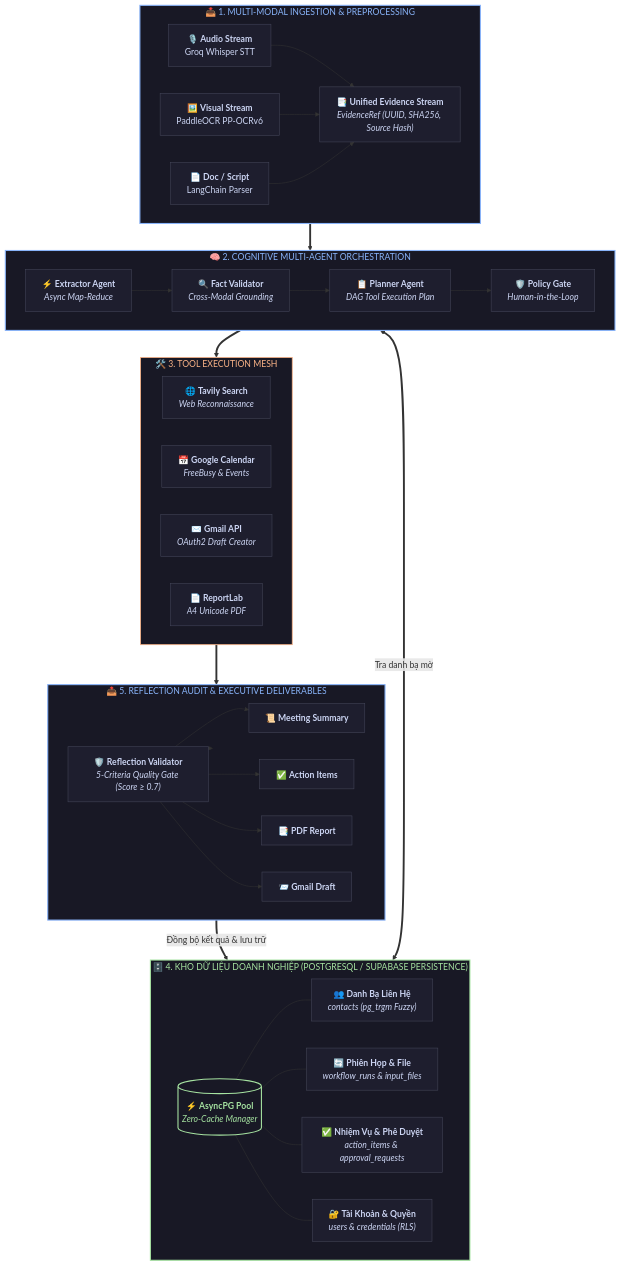
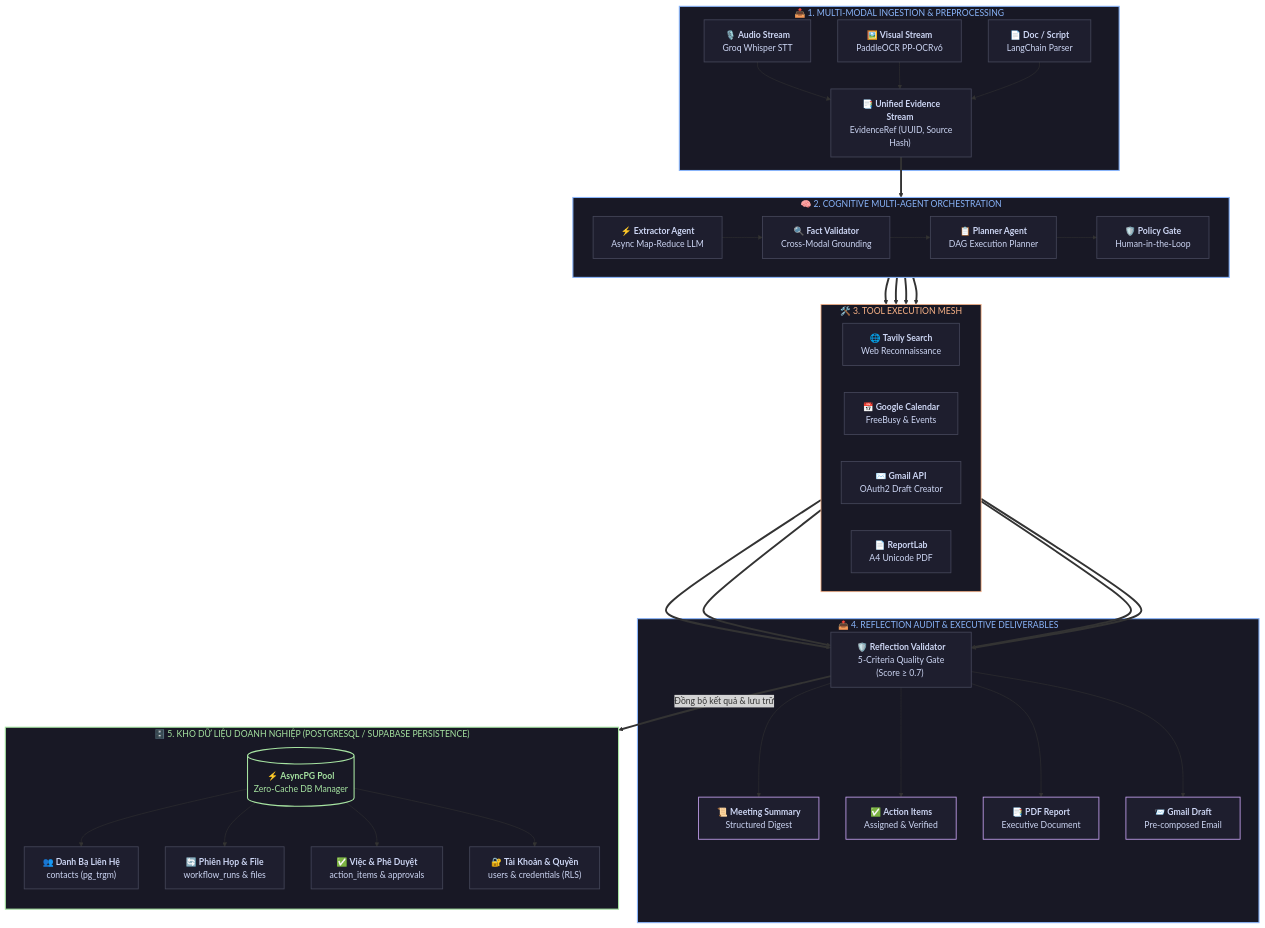
One commit to tutran27/multimodal-meeting-assistant changed the first of 3 diagrams in README.md. Above: the diagram before and after it, drawn with Mermaid. The commit also changed 1 other file, not shown here.

Commit message:
fix: add contact id column

````diff
--- a/README.md
+++ b/README.md
@@ -46,12 +46,11 @@
     %% 1. TẦNG ĐẦU VÀO ĐA PHƯƠNG THỨC
     %% =============================================================
     subgraph L1 ["📥 1. MULTI-MODAL INGESTION & PREPROCESSING"]
-        direction LR
-        A1["🎙️ <b>Audio Stream</b><br/>Groq Whisper STT"]
-        A2["🖼️ <b>Visual Stream</b><br/>PaddleOCR PP-OCRv6"]
-        A3["📄 <b>Doc / Script</b><br/>LangChain Parser"]
+        A1["<div style='text-align:center'>&nbsp;🎙️ <b>Audio Stream</b>&nbsp;<br/>&nbsp;Groq Whisper STT&nbsp;</div>"]
+        A2["<div style='text-align:center'>&nbsp;🖼️ <b>Visual Stream</b>&nbsp;<br/>&nbsp;PaddleOCR PP-OCRv6&nbsp;</div>"]
+        A3["<div style='text-align:center'>&nbsp;📄 <b>Doc / Script</b>&nbsp;<br/>&nbsp;LangChain Parser&nbsp;</div>"]
         
-        A1 & A2 & A3 --> EV["📑 <b>Unified Evidence Stream</b><br/><i>EvidenceRef (UUID, SHA256, Source Hash)</i>"]
+        A1 & A2 & A3 --> EV["<div style='text-align:center'>&nbsp;📑 <b>Unified Evidence Stream</b>&nbsp;<br/>&nbsp;EvidenceRef (UUID, Source Hash)&nbsp;</div>"]
     end
 
     %% =============================================================
@@ -59,10 +58,10 @@
     %% =============================================================
     subgraph L2 ["🧠 2. COGNITIVE MULTI-AGENT ORCHESTRATION"]
         direction LR
-        AG1["⚡ <b>Extractor Agent</b><br/><i>Async Map-Reduce</i>"]
-        AG2["🔍 <b>Fact Validator</b><br/><i>Cross-Modal Grounding</i>"]
-        AG3["📋 <b>Planner Agent</b><br/><i>DAG Tool Execution Plan</i>"]
-        AG4["🛡️ <b>Policy Gate</b><br/><i>Human-in-the-Loop</i>"]
+        AG1["<div style='text-align:center'>&nbsp;⚡ <b>Extractor Agent</b>&nbsp;<br/>&nbsp;Async Map-Reduce LLM&nbsp;</div>"]
+        AG2["<div style='text-align:center'>&nbsp;🔍 <b>Fact Validator</b>&nbsp;<br/>&nbsp;Cross-Modal Grounding&nbsp;</div>"]
+        AG3["<div style='text-align:center'>&nbsp;📋 <b>Planner Agent</b>&nbsp;<br/>&nbsp;DAG Execution Planner&nbsp;</div>"]
+        AG4["<div style='text-align:center'>&nbsp;🛡️ <b>Policy Gate</b>&nbsp;<br/>&nbsp;Human-in-the-Loop&nbsp;</div>"]
         
         AG1 --> AG2 --> AG3 --> AG4
     end
@@ -72,61 +71,60 @@
     %% =============================================================
     subgraph L3 ["🛠️ 3. TOOL EXECUTION MESH"]
         direction LR
-        T1["🌐 <b>Tavily Search</b><br/><i>Web Reconnaissance</i>"]
-        T2["📅 <b>Google Calendar</b><br/><i>FreeBusy & Events</i>"]
-        T3["✉️ <b>Gmail API</b><br/><i>OAuth2 Draft Creator</i>"]
-        T4["📄 <b>ReportLab</b><br/><i>A4 Unicode PDF</i>"]
+        T1["<div style='text-align:center'>&nbsp;🌐 <b>Tavily Search</b>&nbsp;<br/>&nbsp;Web Reconnaissance&nbsp;</div>"]
+        T2["<div style='text-align:center'>&nbsp;📅 <b>Google Calendar</b>&nbsp;<br/>&nbsp;FreeBusy & Events&nbsp;</div>"]
+        T3["<div style='text-align:center'>&nbsp;✉️ <b>Gmail API</b>&nbsp;<br/>&nbsp;OAuth2 Draft Creator&nbsp;</div>"]
+        T4["<div style='text-align:center'>&nbsp;📄 <b>ReportLab</b>&nbsp;<br/>&nbsp;A4 Unicode PDF&nbsp;</div>"]
     end
 
     %% =============================================================
-    %% 4. KHO CƠ SỞ DỮ LIỆU DOANH NGHIỆP (DATABASE & STORAGE)
+    %% 4. TẦNG THẨM ĐỊNH & ĐẦU RA
     %% =============================================================
-    subgraph L_DB ["🗄️ 4. KHO DỮ LIỆU DOANH NGHIỆP (POSTGRESQL / SUPABASE PERSISTENCE)"]
-        direction LR
-        DB_POOL[("⚡ <b>AsyncPG Pool</b><br/><i>Zero-Cache Manager</i>")]
+    subgraph L4 ["📤 4. REFLECTION AUDIT & EXECUTIVE DELIVERABLES"]
+        REF["<div style='text-align:center'>&nbsp;🛡️ <b>Reflection Validator</b>&nbsp;<br/>&nbsp;5-Criteria Quality Gate (Score ≥ 0.7)&nbsp;</div>"]
         
-        DB1["👥 <b>Danh Bạ Liên Hệ</b><br/><i>contacts (pg_trgm Fuzzy)</i>"]
-        DB2["🔄 <b>Phiên Họp & File</b><br/><i>workflow_runs & input_files</i>"]
-        DB3["✅ <b>Nhiệm Vụ & Phê Duyệt</b><br/><i>action_items & approval_requests</i>"]
-        DB4["🔐 <b>Tài Khoản & Quyền</b><br/><i>users & credentials (RLS)</i>"]
+        OUT1["<div style='text-align:center'>&nbsp;📜 <b>Meeting Summary</b>&nbsp;<br/>&nbsp;Structured Digest&nbsp;</div>"]
+        OUT2["<div style='text-align:center'>&nbsp;✅ <b>Action Items</b>&nbsp;<br/>&nbsp;Assigned & Verified&nbsp;</div>"]
+        OUT3["<div style='text-align:center'>&nbsp;📑 <b>PDF Report</b>&nbsp;<br/>&nbsp;Executive Document&nbsp;</div>"]
+        OUT4["<div style='text-align:center'>&nbsp;📨 <b>Gmail Draft</b>&nbsp;<br/>&nbsp;Pre-composed Email&nbsp;</div>"]
         
-        DB_POOL --- DB1 & DB2 & DB3 & DB4
+        REF --> OUT1 & OUT2 & OUT3 & OUT4
     end
 
     %% =============================================================
-    %% 5. TẦNG THẨM ĐỊNH & ĐẦU RA
+    %% 5. KHO CƠ SỞ DỮ LIỆU DOANH NGHIỆP (DATABASE & STORAGE)
     %% =============================================================
-    subgraph L4 ["📤 5. REFLECTION AUDIT & EXECUTIVE DELIVERABLES"]
-        direction LR
-        REF["🛡️ <b>Reflection Validator</b><br/><i>5-Criteria Quality Gate (Score ≥ 0.7)</i>"]
+    subgraph L_DB ["🗄️ 5. KHO DỮ LIỆU DOANH NGHIỆP (POSTGRESQL / SUPABASE PERSISTENCE)"]
+        direction TB
+        DB_POOL[("<div style='text-align:center'>&nbsp;⚡ <b>AsyncPG Pool</b>&nbsp;<br/>&nbsp;Zero-Cache DB Manager&nbsp;</div>")]
         
-        OUT1["📜 <b>Meeting Summary</b>"]
-        OUT2["✅ <b>Action Items</b>"]
-        OUT3["📑 <b>PDF Report</b>"]
-        OUT4["📨 <b>Gmail Draft</b>"]
+        DB1["<div style='text-align:center'>&nbsp;👥 <b>Danh Bạ Liên Hệ</b>&nbsp;<br/>&nbsp;contacts (pg_trgm)&nbsp;</div>"]
+        DB2["<div style='text-align:center'>&nbsp;🔄 <b>Phiên Họp & File</b>&nbsp;<br/>&nbsp;workflow_runs & files&nbsp;</div>"]
+        DB3["<div style='text-align:center'>&nbsp;✅ <b>Việc & Phê Duyệt</b>&nbsp;<br/>&nbsp;action_items & approvals&nbsp;</div>"]
+        DB4["<div style='text-align:center'>&nbsp;🔐 <b>Tài Khoản & Quyền</b>&nbsp;<br/>&nbsp;users & credentials (RLS)&nbsp;</div>"]
         
-        REF --> OUT1 & OUT2 & OUT3 & OUT4
+        DB_POOL --> DB1 & DB2 & DB3 & DB4
     end
 
     %% =============================================================
     %% MAIN PIPELINE FLOW CONNECTIONS
     %% =============================================================
     EV ==> AG1
-    AG2 <===>|"Tra danh bạ mờ"| DB1
-    AG4 ==> L3
-    L3 ==> REF
+    AG4 ==> T1 & T2 & T3 & T4
+    T1 & T2 & T3 & T4 ==> REF
     REF ==>|"Đồng bộ kết quả & lưu trữ"| DB_POOL
-    REF ==> L4
 
     %% =============================================================
     %% STYLING
     %% =============================================================
-    classDef default fill:#1e1e2e,stroke:#45475a,stroke-width:1px,color:#cdd6f4;
-    classDef layerBox fill:#181825,stroke:#89b4fa,stroke-width:2px,color:#89b4fa;
-    classDef dbBox fill:#181825,stroke:#a6e3a1,stroke-width:2px,color:#a6e3a1;
-    classDef toolBox fill:#181825,stroke:#fab387,stroke-width:1.5px,color:#fab387;
+    classDef default fill:#1e1e2e,stroke:#45475a,stroke-width:1.5px,color:#cdd6f4,text-align:center;
+    classDef layerBox fill:#181825,stroke:#89b4fa,stroke-width:2px,color:#89b4fa,text-align:center;
+    classDef dbBox fill:#181825,stroke:#a6e3a1,stroke-width:2px,color:#a6e3a1,text-align:center;
+    classDef toolBox fill:#181825,stroke:#fab387,stroke-width:1.5px,color:#fab387,text-align:center;
+    classDef outBox fill:#1e1e2e,stroke:#cba6f7,stroke-width:1.5px,color:#cdd6f4,text-align:center;
 
     class L1,L2,L4 layerBox;
     class L3 toolBox;
     class L_DB,DB_POOL dbBox;
+    class OUT1,OUT2,OUT3,OUT4 outBox;
 ```
````
